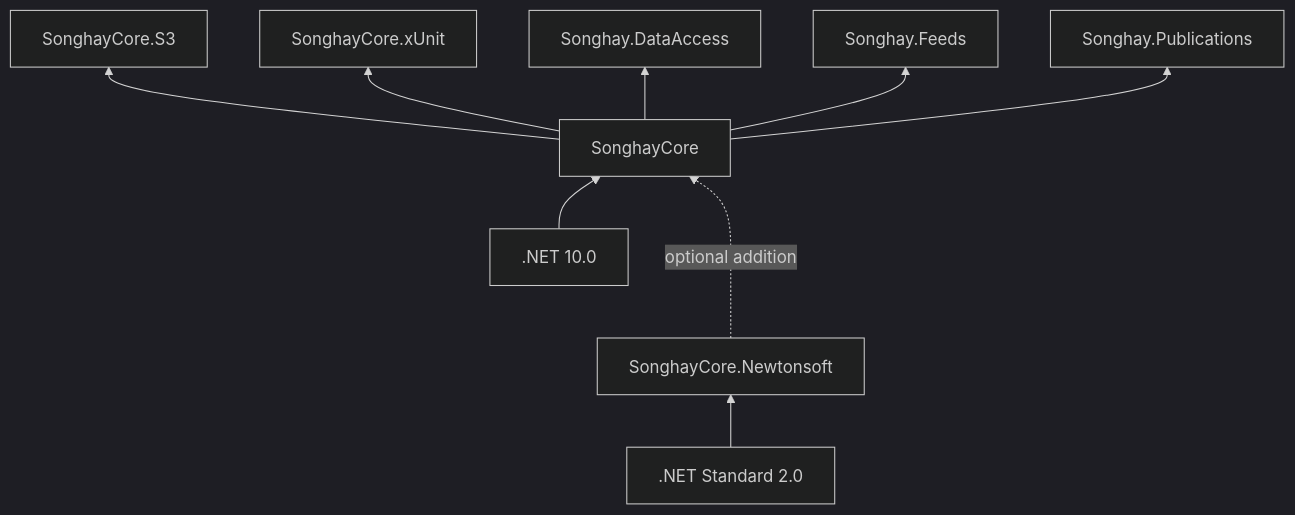
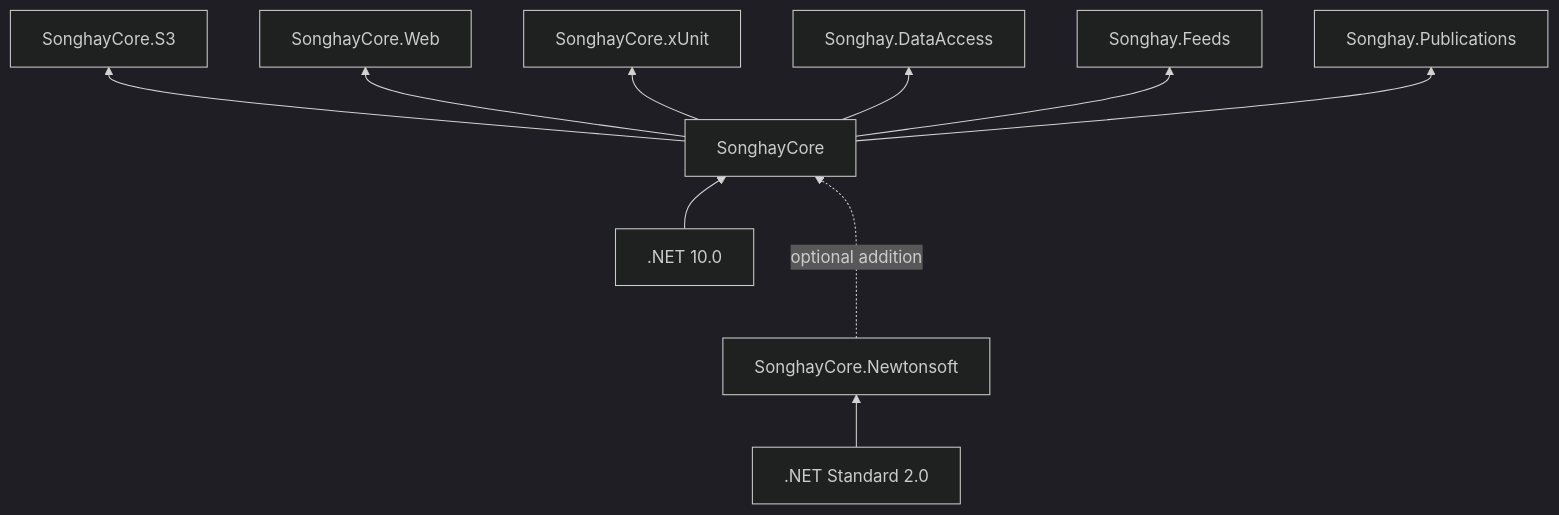
One commit to BryanWilhite/SonghayCore changed the diagram in README.md. Above: the diagram before and after it, drawn with Mermaid (dark theme). The commit also changed other lines of this file and 14 other files, not shown here.

Commit message:
release `SonghayCore.Web` `10.0.0` 📦🚀

````diff
--- a/README.md
+++ b/README.md
@@ -127,18 +133,19 @@
 ```mermaid
 graph BT
     netstandard2[.NET Standard 2.0]
     net10[.NET 10.0]
 
     1[SonghayCore]
     2[SonghayCore.Newtonsoft]
 
     net10-->1
     netstandard2-->2
     2-..->|optional addition|1
 
     1-->3[SonghayCore.S3]
-    1-->4[SonghayCore.xUnit]
-    1-->5[Songhay.DataAccess]
-    1-->6[Songhay.Feeds]
-    1-->7[Songhay.Publications]
+    1-->4[SonghayCore.Web]
+    1-->5[SonghayCore.xUnit]
+    1-->6[Songhay.DataAccess]
+    1-->7[Songhay.Feeds]
+    1-->8[Songhay.Publications]
 ```
````
